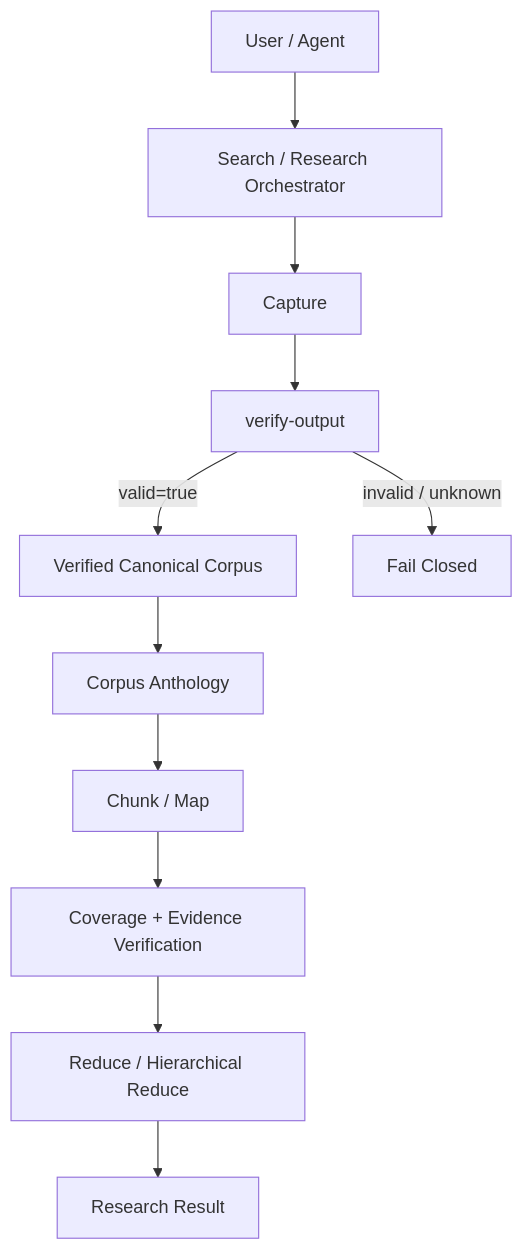
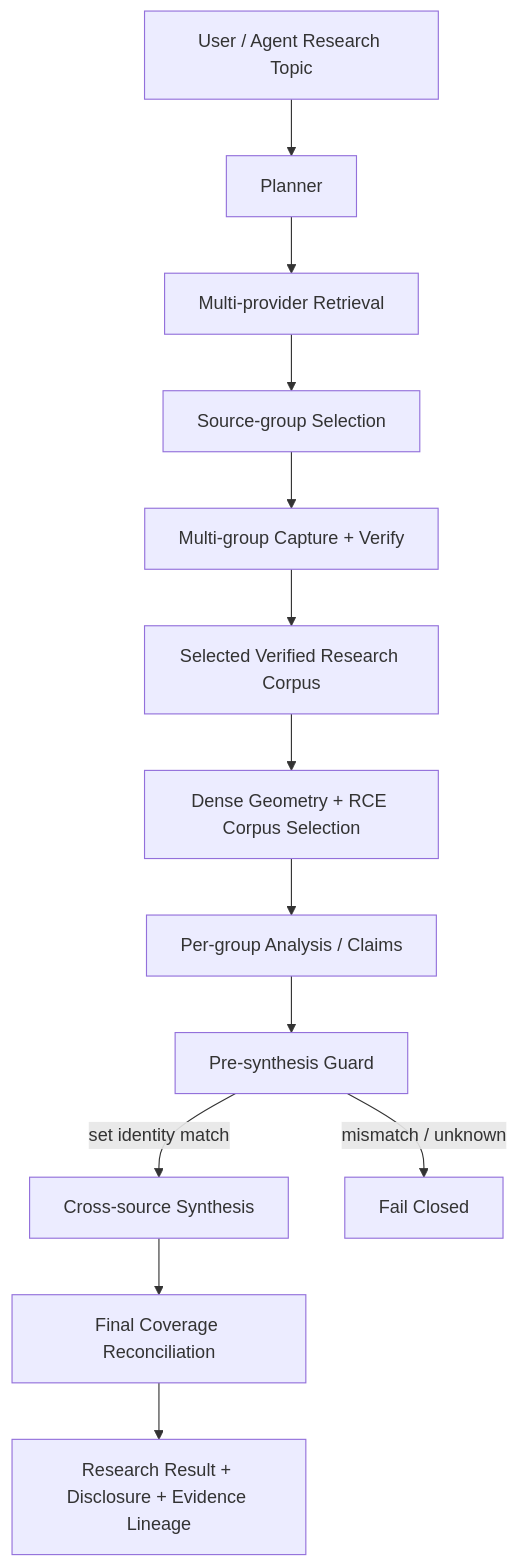
Before and after one commit to FlapPearLabs/zhihu-grabber-toolkit: the diagram in README.md, drawn with Mermaid. The commit also changed other lines of this file, not shown here.

Commit message:
docs: refresh README for cross-question deep research

````diff
--- a/README.md
+++ b/README.md
@@ -155,13 +363,15 @@
 ```mermaid
 flowchart TD
-    A[User / Agent] --> B[Search / Research Orchestrator]
-    B --> C[Capture]
-    C --> D[verify-output]
-    D -->|valid=true| E[Verified Canonical Corpus]
-    D -->|invalid / unknown| X[Fail Closed]
-    E --> F[Corpus Anthology]
-    F --> G[Chunk / Map]
-    G --> H[Coverage + Evidence Verification]
-    H --> I[Reduce / Hierarchical Reduce]
-    I --> J[Research Result]
+    A[User / Agent Research Topic] --> B[Planner]
+    B --> C[Multi-provider Retrieval]
+    C --> D[Source-group Selection]
+    D --> E[Multi-group Capture + Verify]
+    E --> F[Selected Verified Research Corpus]
+    F --> G[Dense Geometry + RCE Corpus Selection]
+    G --> H[Per-group Analysis / Claims]
+    H --> I[Pre-synthesis Guard]
+    I -->|set identity match| J[Cross-source Synthesis]
+    I -->|mismatch / unknown| X[Fail Closed]
+    J --> K[Final Coverage Reconciliation]
+    K --> L[Research Result + Disclosure + Evidence Lineage]
 ```
````
